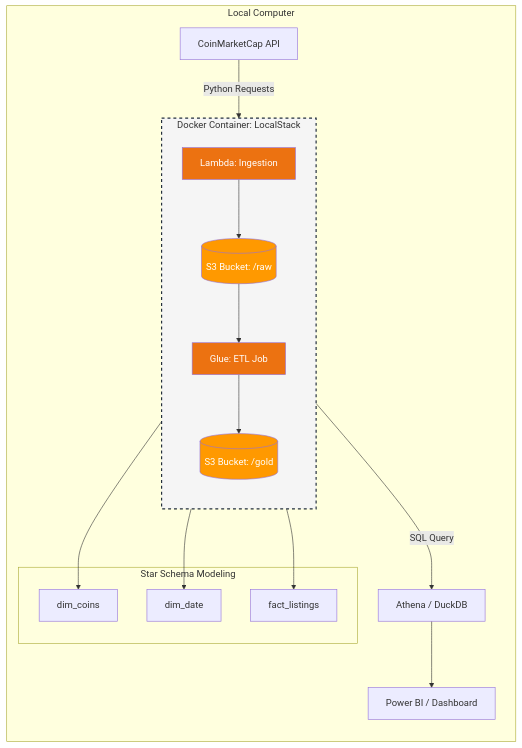
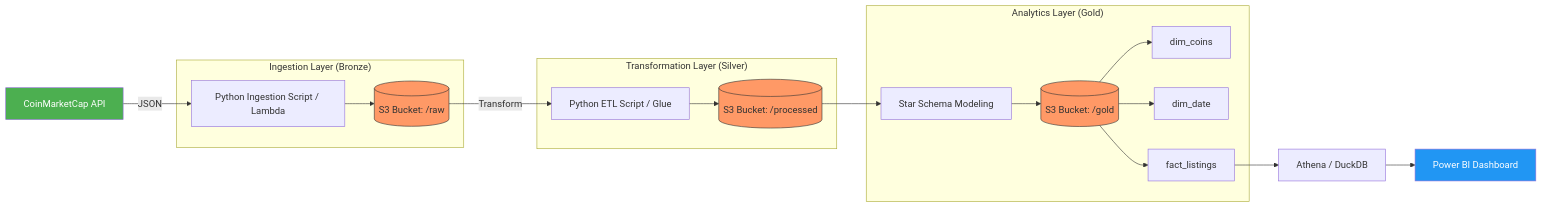
Before and after one commit to harrold-mussa/marketcap-crypto-analysis: the diagram in README.md, drawn with Mermaid.

Commit message:
Revise architecture diagram in README
Updated the architecture diagram to reflect the ingestion, transformation, and analytics layers.

````diff
--- a/README.md
+++ b/README.md
@@ -9,33 +9,45 @@
 ```mermaid
 graph LR
-    subgraph "Local Computer"
-        A[CoinMarketCap API] -- "Python Requests" --> DOCKER
+    %% Source
+    API[CoinMarketCap API]
 
-        subgraph DOCKER [Docker Container: LocalStack]
-            direction TB
-            S3_RAW[(S3 Bucket: /raw)] 
-            LAMBDA[Lambda: Ingestion]
-            GLUE[Glue: ETL Job]
-            S3_GOLD[(S3 Bucket: /gold)]
-            
-            LAMBDA --> S3_RAW
-            S3_RAW --> GLUE
-            GLUE --> S3_GOLD
-        end
-
-        subgraph "Star Schema Modeling"
-            S3_GOLD --> DIM_C[dim_coins]
-            S3_GOLD --> DIM_D[dim_date]
-            S3_GOLD --> FACT[fact_listings]
-        end
-
-        S3_GOLD -- "SQL Query" --> ATHENA[Athena / DuckDB]
-        ATHENA --> BI[Power BI / Dashboard]
+    subgraph "Ingestion Layer (Bronze)"
+        Lambda[Python Ingestion Script / Lambda]
+        S3_RAW[(S3 Bucket: /raw)]
     end
 
-    style DOCKER fill:#f5f5f5,stroke:#232f3e,stroke-width:2px,stroke-dasharray: 5 5
-    style S3_RAW fill:#ff9900,color:#fff
-    style S3_GOLD fill:#ff9900,color:#fff
-    style LAMBDA fill:#ec7211,color:#fff
-    style GLUE fill:#ec7211,color:#fff
+    subgraph "Transformation Layer (Silver)"
+        Glue[Python ETL Script / Glue]
+        S3_PROCESSED[(S3 Bucket: /processed)]
+    end
+
+    subgraph "Analytics Layer (Gold)"
+        Modeling[Star Schema Modeling]
+        S3_GOLD[(S3 Bucket: /gold)]
+        DIM_C[dim_coins]
+        DIM_D[dim_date]
+        FACT[fact_listings]
+    end
+
+    %% Flow
+    API -->|JSON| Lambda
+    Lambda --> S3_RAW
+    S3_RAW -->|Transform| Glue
+    Glue --> S3_PROCESSED
+    S3_PROCESSED --> Modeling
+    Modeling --> S3_GOLD
+    S3_GOLD --> DIM_C
+    S3_GOLD --> DIM_D
+    S3_GOLD --> FACT
+
+    %% Final Consumption
+    FACT --> ATHENA[Athena / DuckDB]
+    ATHENA --> BI[Power BI Dashboard]
+
+    %% Styling
+    style S3_RAW fill:#f96,stroke:#333
+    style S3_PROCESSED fill:#f96,stroke:#333
+    style S3_GOLD fill:#f96,stroke:#333
+    style API fill:#4CAF50,color:#fff
+    style BI fill:#2196F3,color:#fff
 ```
````
